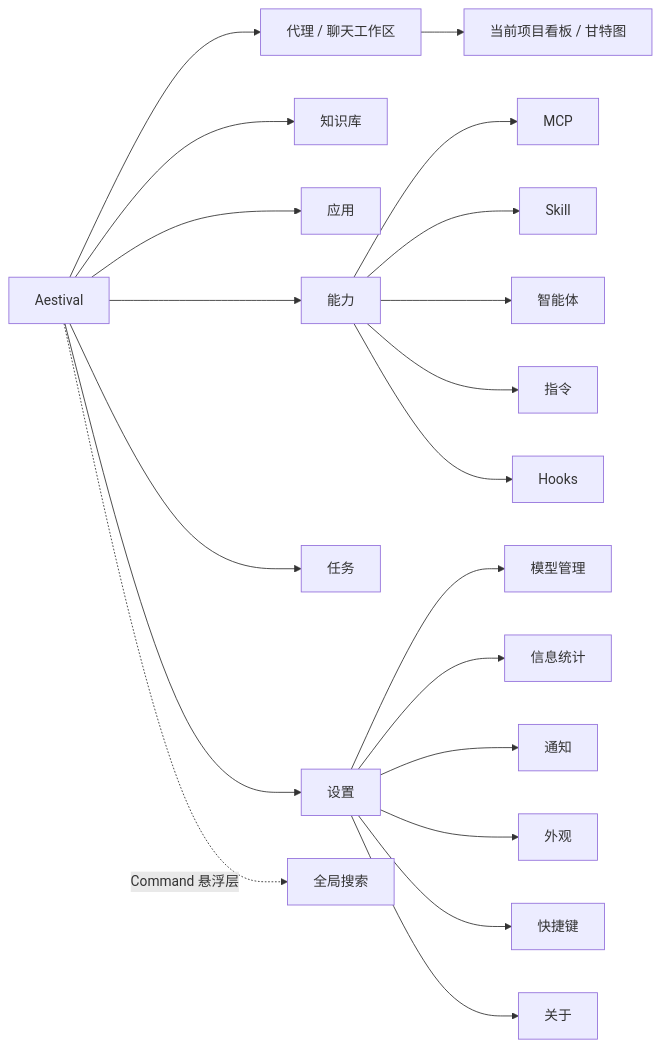
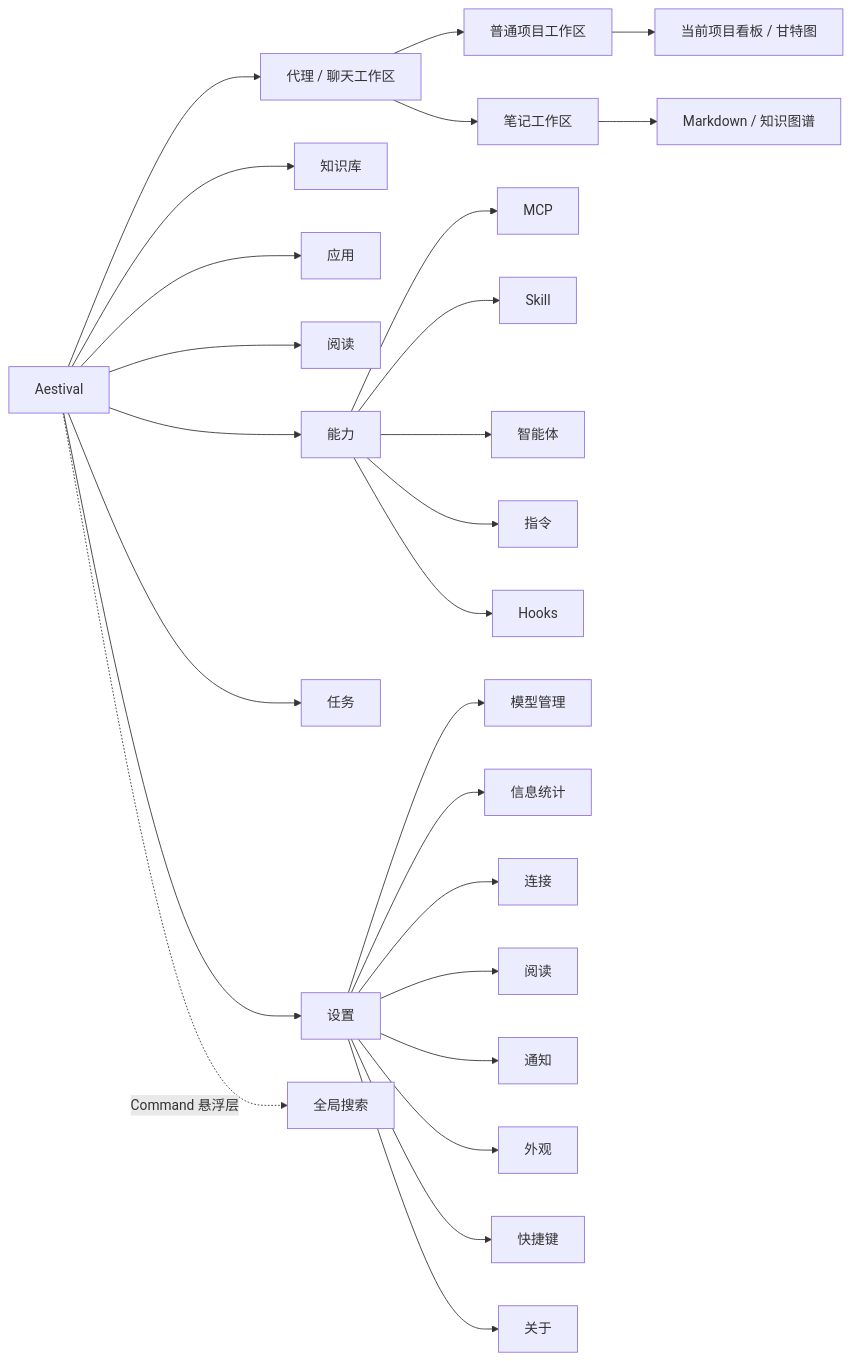
The first of 3 diagrams in docs/设计方案/02-信息架构与导航.md (coolerks/aestival), drawn with Mermaid before and after one commit. The commit also changed other lines of this file and 17 other files, not shown here.

````diff
--- a/docs/设计方案/02-信息架构与导航.md
+++ b/docs/设计方案/02-信息架构与导航.md
@@ -5,24 +5,30 @@
 ```mermaid
 flowchart LR
   A["Aestival"] --> W["代理 / 聊天工作区"]
   A --> K["知识库"]
   A --> P["应用"]
+  A --> R["阅读"]
   A --> C["能力"]
   A --> T["任务"]
   A --> S["设置"]
-  W --> B["当前项目看板 / 甘特图"]
+  W --> WP["普通项目工作区"]
+  W --> NW["笔记工作区"]
+  WP --> B["当前项目看板 / 甘特图"]
+  NW --> NG["Markdown / 知识图谱"]
   A -. "Command 悬浮层" .-> Q["全局搜索"]
 
   C --> C1["MCP"]
   C --> C2["Skill"]
   C --> C3["智能体"]
   C --> C4["指令"]
   C --> C5["Hooks"]
 
   S --> S1["模型管理"]
   S --> S2["信息统计"]
-  S --> S3["通知"]
-  S --> S4["外观"]
-  S --> S5["快捷键"]
-  S --> S6["关于"]
+  S --> S3["连接"]
+  S --> S4["阅读"]
+  S --> S5["通知"]
+  S --> S6["外观"]
+  S --> S7["快捷键"]
+  S --> S8["关于"]
 ```
````
